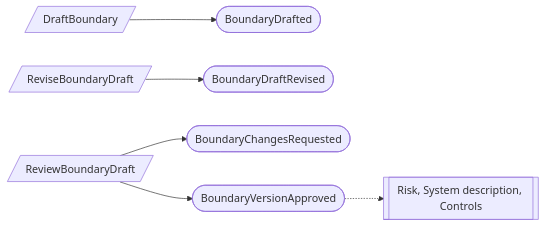
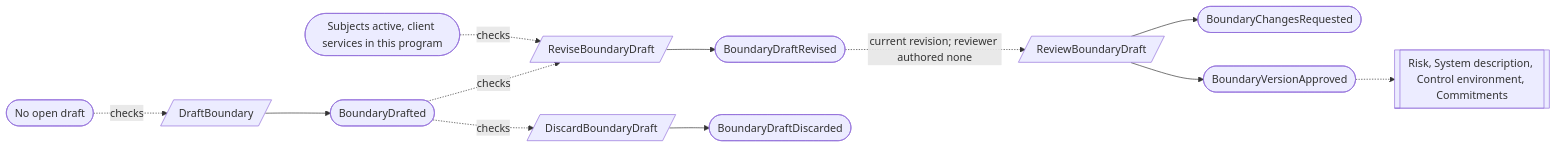
One commit to bdgrz/compliance-core changed the second of 3 diagrams in docs/proposed/contexts/program-and-scope.md. Above: the diagram before and after it, drawn with Mermaid. The commit also changed other lines of this file and 310 other files, not shown here.

````diff
--- a/docs/proposed/contexts/program-and-scope.md
+++ b/docs/proposed/contexts/program-and-scope.md
@@ -143,8 +144,12 @@
 ```mermaid
 flowchart LR
+    N([No open draft]) -. checks .-> C1
     C1[/DraftBoundary/] --> E1([BoundaryDrafted])
-    C2[/ReviseBoundaryDraft/] --> E2([BoundaryDraftRevised])
-    C3[/ReviewBoundaryDraft/] --> E3([BoundaryChangesRequested])
+    E1 -. checks .-> C2[/ReviseBoundaryDraft/] --> E2([BoundaryDraftRevised])
+    S([Subjects active, client services in this program]) -. checks .-> C2
+    E2 -. "current revision; reviewer authored none" .-> C3[/ReviewBoundaryDraft/]
+    C3 --> E3([BoundaryChangesRequested])
     C3 --> E4([BoundaryVersionApproved])
-    E4 -.-> X1[[Risk, System description, Controls]]
+    E1 -. checks .-> C4[/DiscardBoundaryDraft/] --> E5([BoundaryDraftDiscarded])
+    E4 -.-> X1[[Risk, System description, Control environment, Commitments]]
 ```
````
